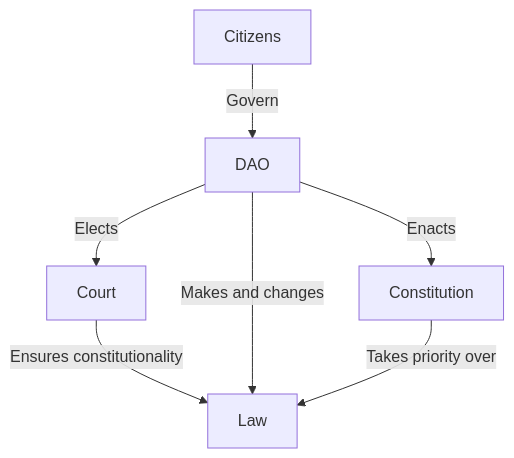
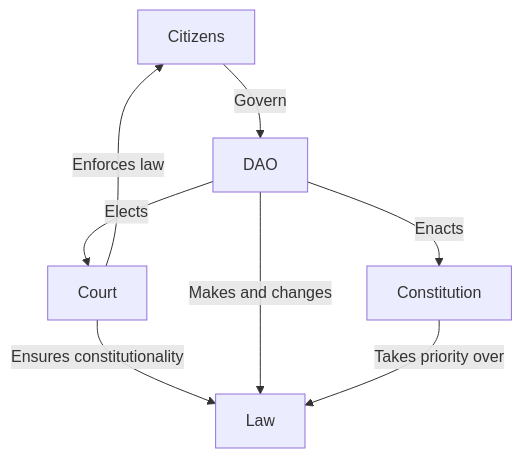
One commit to nation3/law changed the first of 2 diagrams in README.md. Above: the diagram before and after it, drawn with Mermaid. The commit also changed other lines of this file, not shown here.

Commit message:
Made charts better

````diff
--- a/README.md
+++ b/README.md
@@ -13,10 +13,10 @@
 ```mermaid
 graph TD
     Citizens -->|Govern| DAO
     Court -->|Ensures constitutionality| Law
     DAO -->|Enacts| Constitution
     DAO -->|Elects| Court
     DAO -->|Makes and changes| Law
     Constitution -->|Takes priority over| Law
-    
+    Court -->|Enforces law| Citizens
 ```
````
